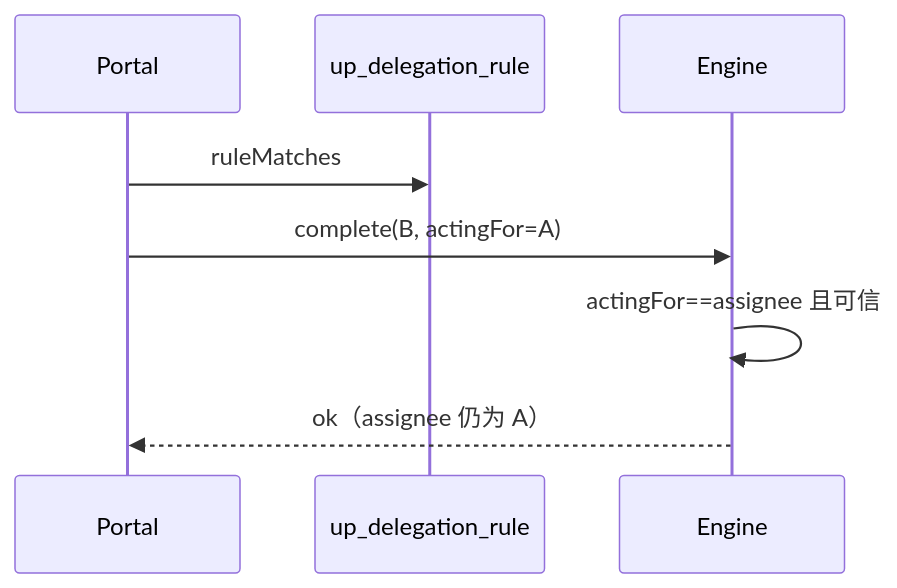
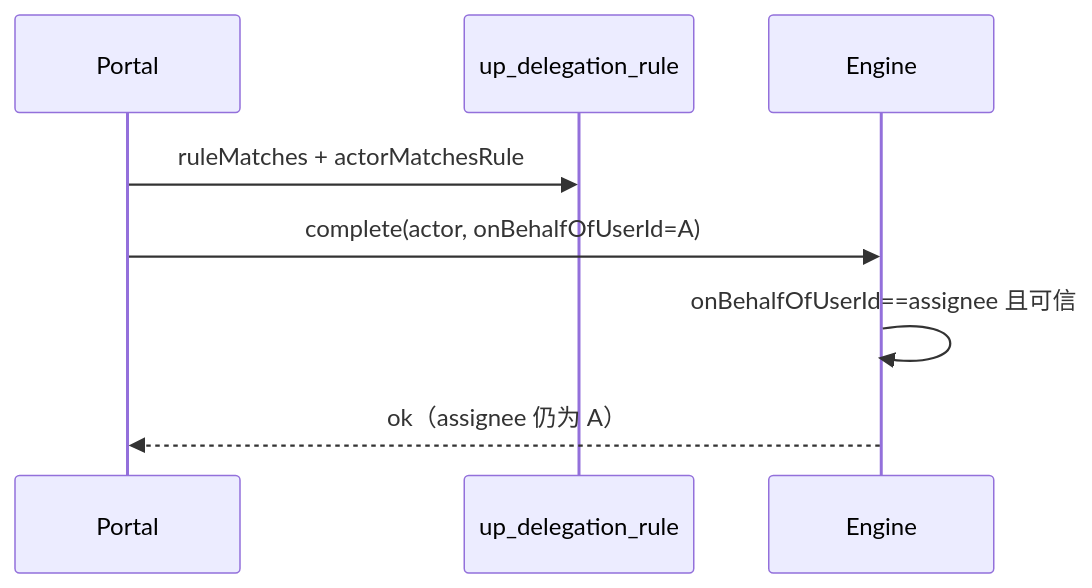
The second of 2 diagrams in docs/design/portal-task-delegation.md (bigballgis/Workflow-Station---sun), drawn with Mermaid before and after one commit. The commit also changed other lines of this file and 61 other files, not shown here.

````diff
--- a/docs/design/portal-task-delegation.md
+++ b/docs/design/portal-task-delegation.md
@@ -97,11 +126,11 @@
 ```mermaid
 sequenceDiagram
   participant UP as Portal
   participant Rule as up_delegation_rule
   participant FE as Engine
 
-  UP->>Rule: ruleMatches
-  UP->>FE: complete(B, actingFor=A)
-  FE->>FE: actingFor==assignee 且可信
+  UP->>Rule: ruleMatches + actorMatchesRule
+  UP->>FE: complete(actor, onBehalfOfUserId=A)
+  FE->>FE: onBehalfOfUserId==assignee 且可信
   FE-->>UP: ok（assignee 仍为 A）
 ```
````
